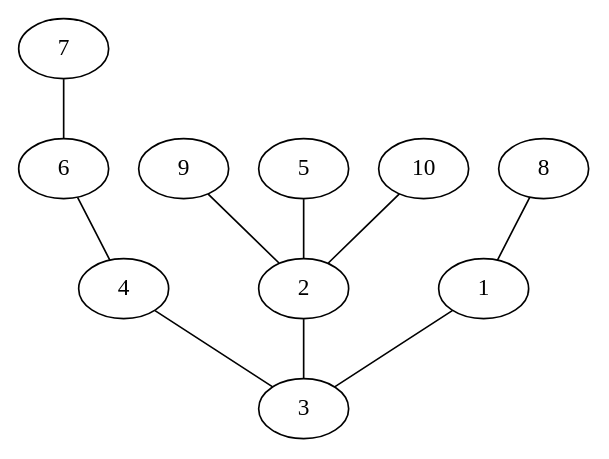
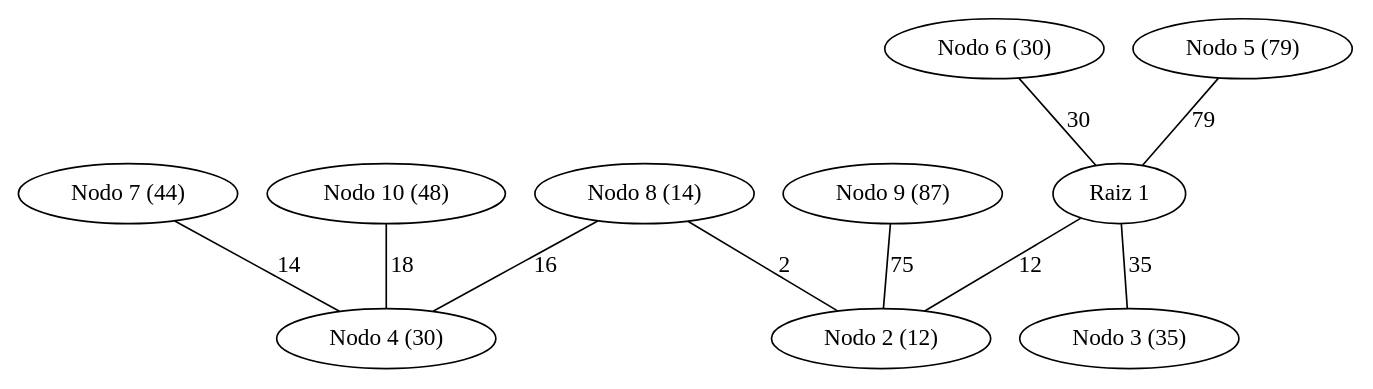
The diagram in proyecto_1/archivos_graphviz/arbol_Dijkstra_dogorostov_10_nodos.dot (ElvisTech007/proyectos_DAA), drawn with Graphviz before and after one commit. The commit also changed 23 other files, not shown here.

```diff
--- a/proyecto_1/archivos_graphviz/arbol_Dijkstra_dogorostov_10_nodos.dot
+++ b/proyecto_1/archivos_graphviz/arbol_Dijkstra_dogorostov_10_nodos.dot
@@ -1,21 +1,21 @@
 graph arbol_dijkstra_G_1 {
-    1;
-    3;
-    4;
-    2;
-    9;
-    5;
-    10;
-    8;
-    6;
-    7;
-    2 -- 3;
-    1 -- 3;
-    4 -- 3;
-    5 -- 2;
-    6 -- 4;
-    7 -- 6;
-    8 -- 1;
-    9 -- 2;
-    10 -- 2;
+    "1" [label="Raiz 1"];
+    "2" [label="Nodo 2 (12)"];
+    "8" [label="Nodo 8 (14)"];
+    "6" [label="Nodo 6 (30)"];
+    "4" [label="Nodo 4 (30)"];
+    "3" [label="Nodo 3 (35)"];
+    "7" [label="Nodo 7 (44)"];
+    "10" [label="Nodo 10 (48)"];
+    "5" [label="Nodo 5 (79)"];
+    "9" [label="Nodo 9 (87)"];
+    1 -- 2 [label="12"];
+    1 -- 3 [label="35"];
+    8 -- 4 [label="16"];
+    5 -- 1 [label="79"];
+    6 -- 1 [label="30"];
+    7 -- 4 [label="14"];
+    8 -- 2 [label="2"];
+    9 -- 2 [label="75"];
+    10 -- 4 [label="18"];
 }
```
